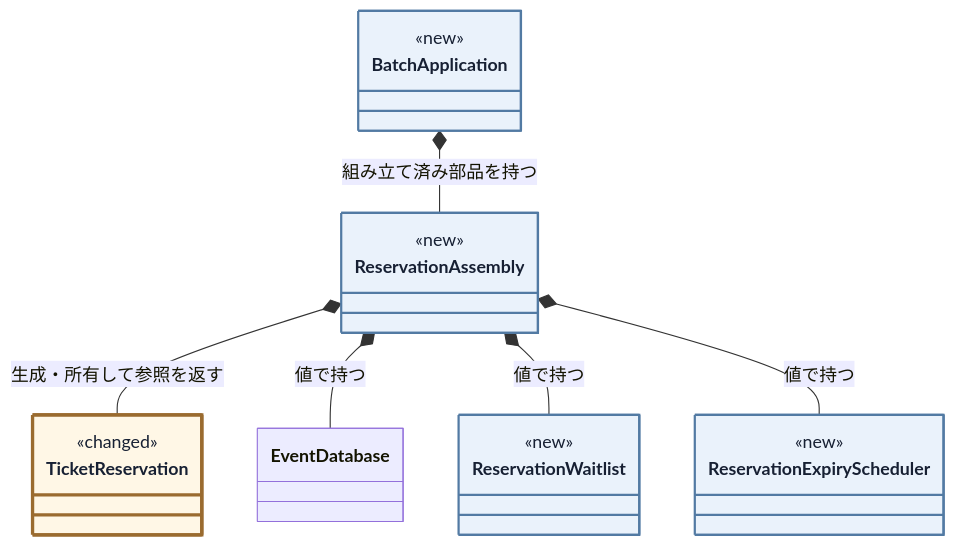
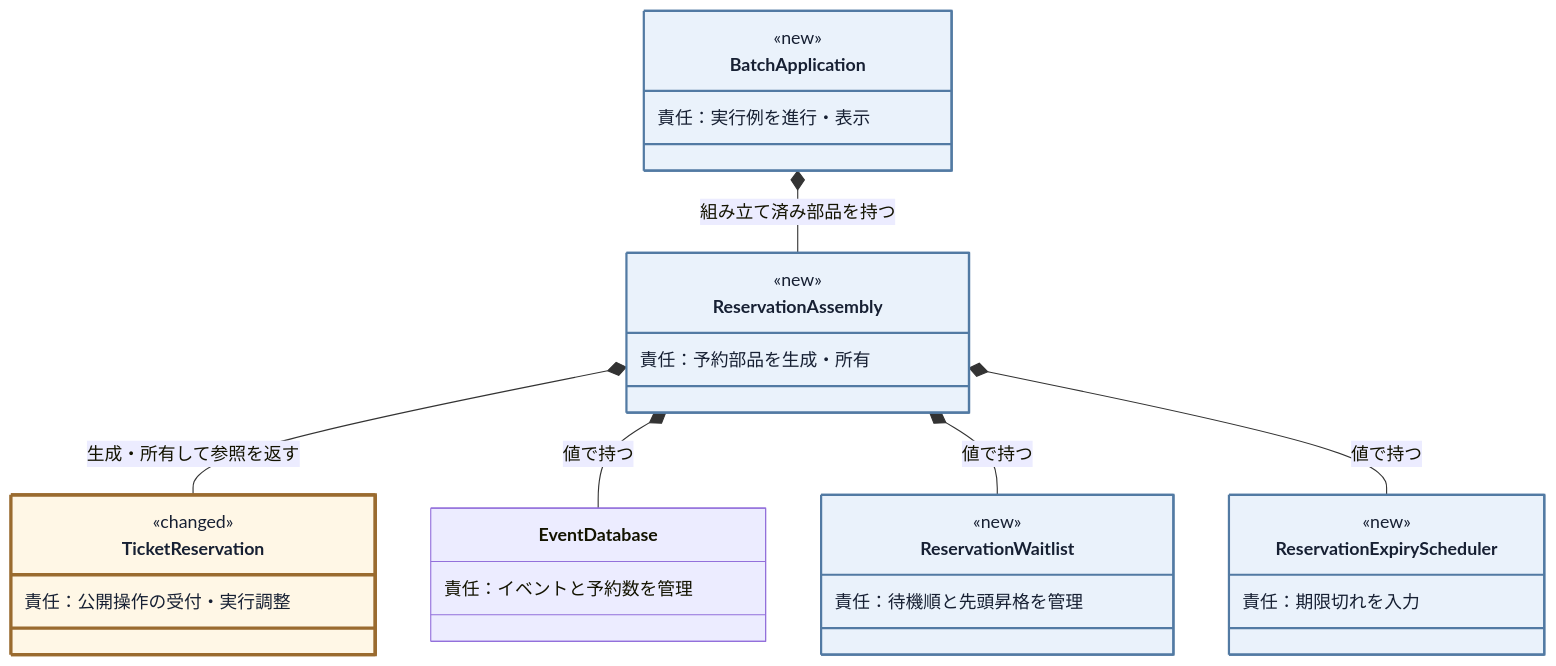
Diagram 21 of 26 in kindle/design-patterns/books/volume01-core-patterns/output/04-chapter02.md (kumachan1101-pixel/DesignPattern), drawn with Mermaid before and after one commit. The commit also changed other lines of this file and 12 other files, not shown here.

````diff
--- a/kindle/design-patterns/books/volume01-core-patterns/output/04-chapter02.md
+++ b/kindle/design-patterns/books/volume01-core-patterns/output/04-chapter02.md
@@ -2042,28 +2032,35 @@
 ```mermaid
 classDiagram
     direction TB
     class TicketReservation:::touched {
         <<changed>>
+        責任：公開操作の受付・実行調整
     }
-    class EventDatabase
+    class EventDatabase {
+        責任：イベントと予約数を管理
+    }
     class ReservationWaitlist:::added {
         <<new>>
+        責任：待機順と先頭昇格を管理
     }
     class ReservationExpiryScheduler:::added {
         <<new>>
+        責任：期限切れを入力
     }
     class ReservationAssembly:::added {
         <<new>>
+        責任：予約部品を生成・所有
     }
     class BatchApplication:::added {
         <<new>>
+        責任：実行例を進行・表示
     }
     ReservationAssembly *-- TicketReservation : 生成・所有して参照を返す
     ReservationAssembly *-- EventDatabase : 値で持つ
     ReservationAssembly *-- ReservationWaitlist : 値で持つ
     ReservationAssembly *-- ReservationExpiryScheduler : 値で持つ
     BatchApplication *-- ReservationAssembly : 組み立て済み部品を持つ
 
     classDef added fill:#eaf2fb,stroke:#527aa3,stroke-width:2px,color:#172033;
     classDef touched fill:#fff7e6,stroke:#9a6b2f,stroke-width:3px,color:#172033;
 ```
````
